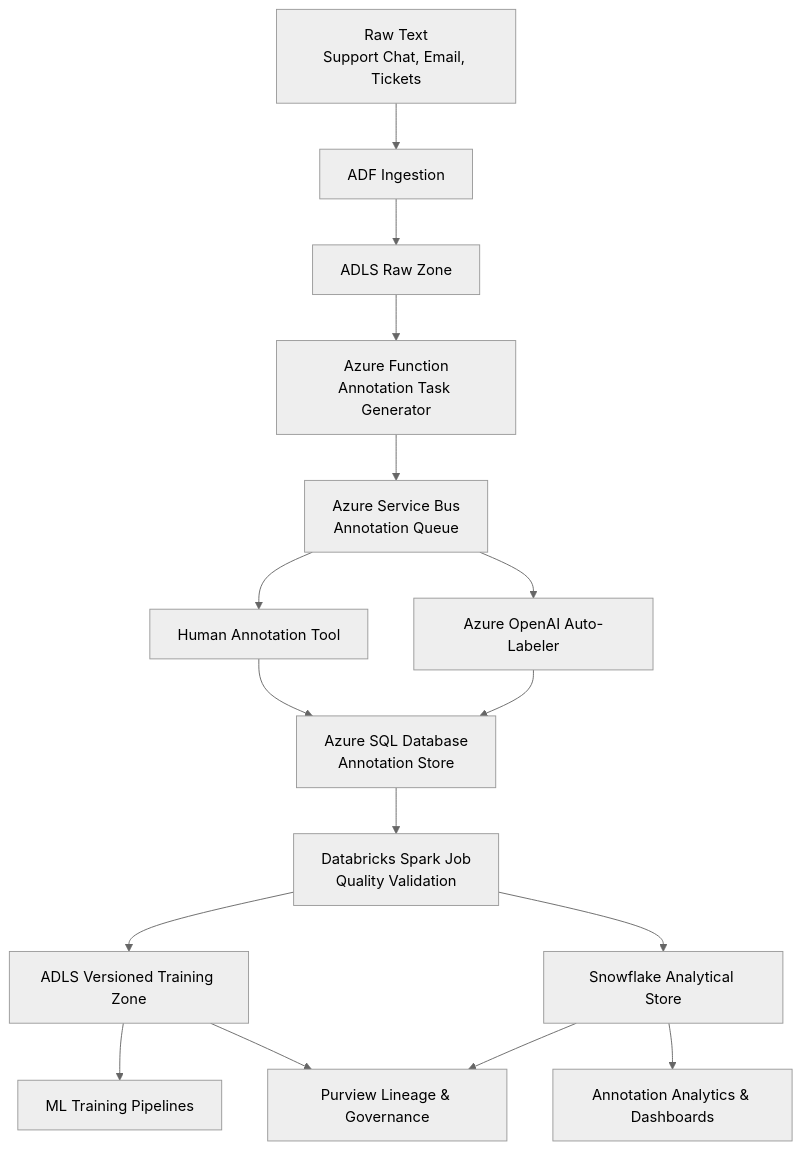
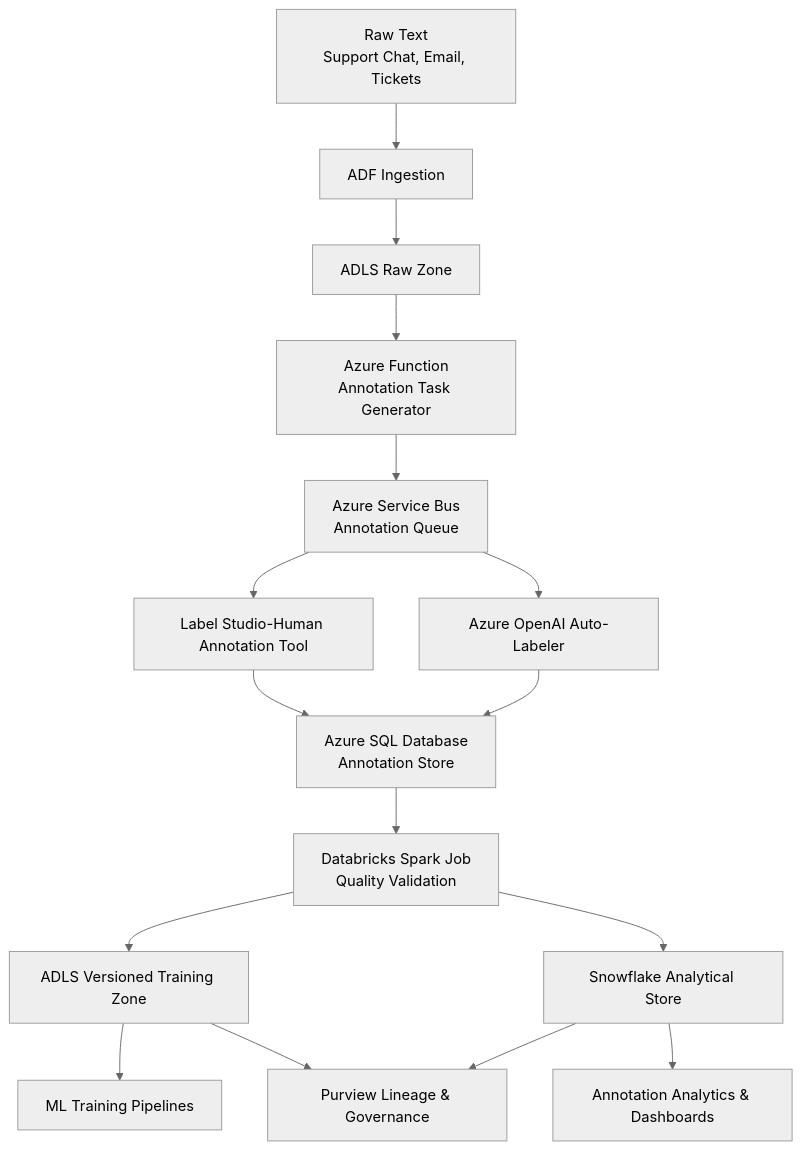
Before and after one commit to Vasanthadwara/Text-Annotation-Pipeline: the diagram in design_document.md, drawn with Mermaid (neutral theme). The commit also changed other lines of this file, not shown here.

````diff
--- a/design_document.md
+++ b/design_document.md
@@ -45,27 +45,27 @@
 ```mermaid
 flowchart TD
     A[Raw Text<br/>Support Chat, Email, Tickets] --> B[ADF Ingestion]
     B --> C[ADLS Raw Zone]
 
     C --> D[Azure Function<br/>Annotation Task Generator]
     D --> E[Azure Service Bus<br/>Annotation Queue]
 
-    E --> F[Human Annotation Tool]
+    E --> F[Label Studio-Human Annotation Tool]
     E --> N[Azure OpenAI Auto-Labeler]
 
     F --> G[Azure SQL Database<br/>Annotation Store]
     N --> G
 
     G --> H[Databricks Spark Job<br/>Quality Validation]
 
     H --> I[ADLS Versioned Training Zone]
     H --> J[Snowflake Analytical Store]
 
     I --> K[ML Training Pipelines]
     J --> L[Annotation Analytics & Dashboards]
 
     I --> M[Purview Lineage & Governance]
     J --> M
 
 
 ```
````
